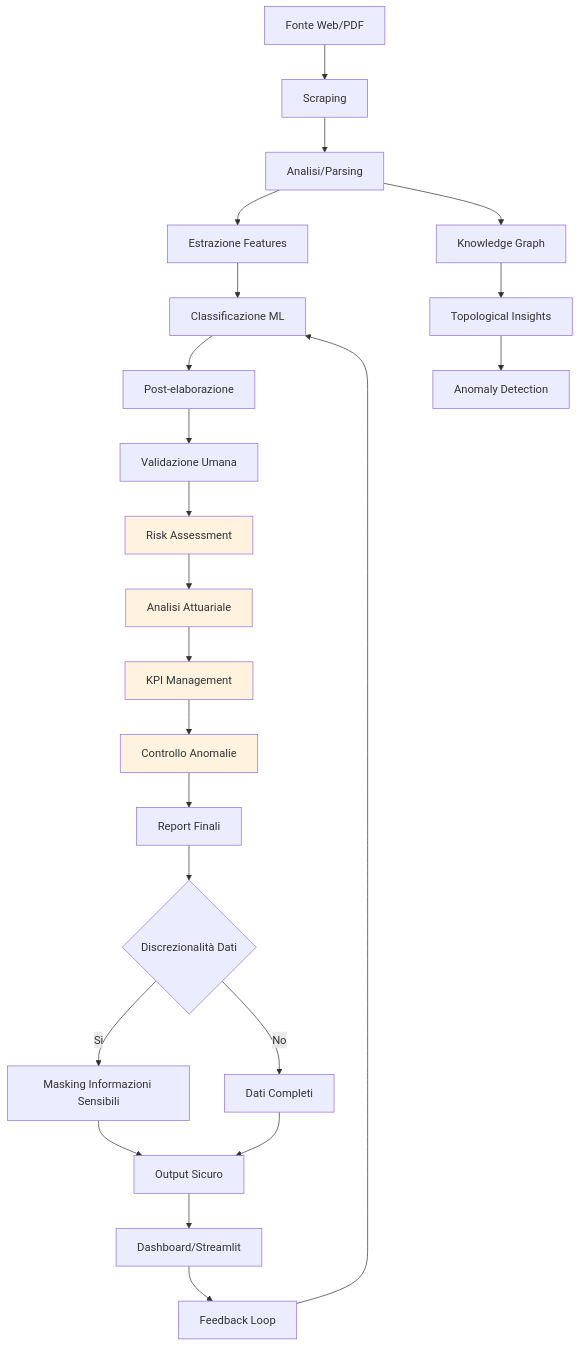
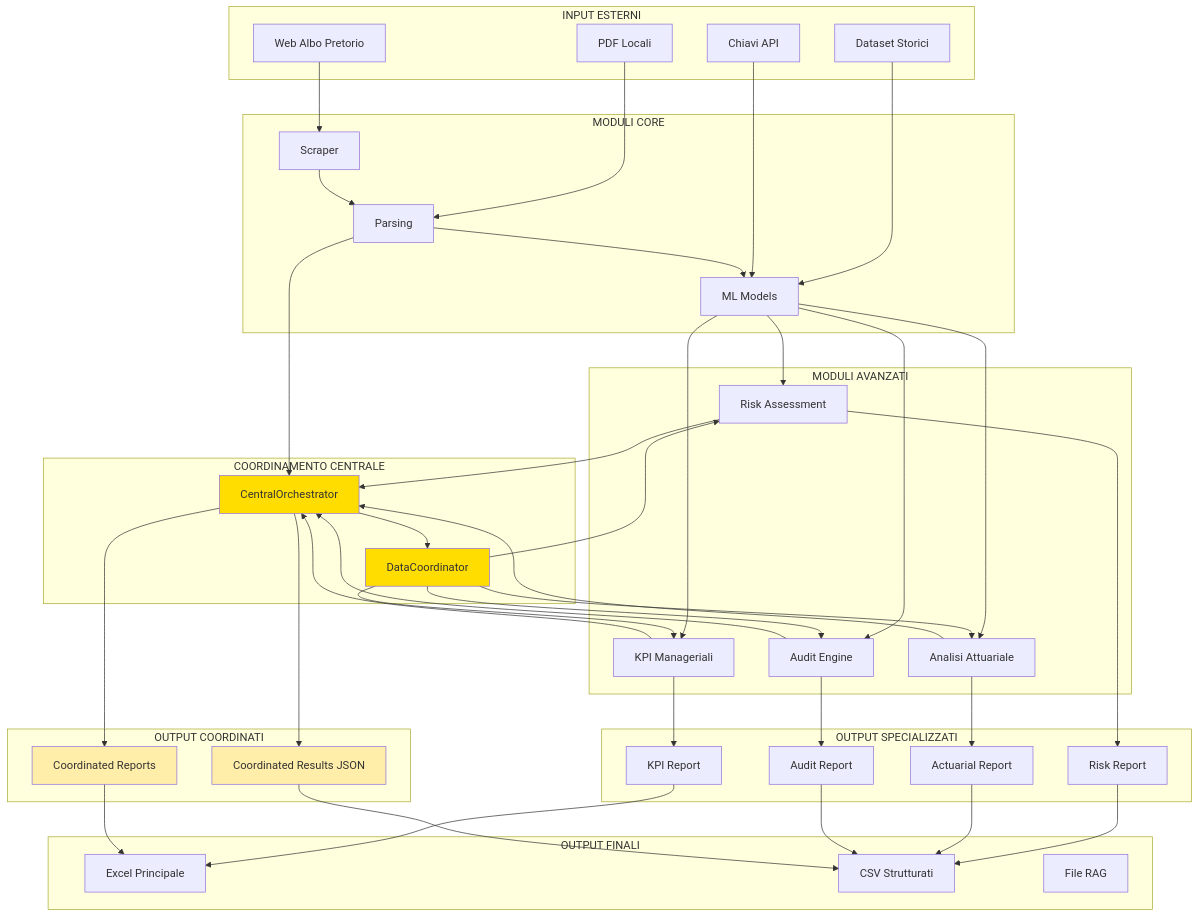
The diagram in IO_MAP.md (pietroscik/albo-pretorio-audit-delivery), drawn with Mermaid before and after one commit. The commit also changed other lines of this file and 17 other files, not shown here.

````diff
--- a/IO_MAP.md
+++ b/IO_MAP.md
@@ -49,34 +43,89 @@
 ```mermaid
 graph TD
-    A[Fonte Web/PDF] --> B[Scraping]
-    B --> C[Analisi/Parsing]
-    C --> D[Estrazione Features]
-    D --> E[Classificazione ML]
-    E --> F[Post-elaborazione]
-    F --> G[Validazione Umana]
-    G --> H[Risk Assessment]
-    H --> I[Analisi Attuariale]
-    I --> J[KPI Management]
-    J --> K[Controllo Anomalie]
-    K --> L[Report Finali]
-    
-    C --> M[Knowledge Graph]
-    M --> N[Topological Insights]
-    N --> O[Anomaly Detection]
-    
-    L --> P{Discrezionalità Dati}
-    P -->|Si| Q[Masking Informazioni Sensibili]
-    P -->|No| R[Dati Completi]
-    
-    Q --> S[Output Sicuro]
-    R --> S
-    
-    S --> T[Dashboard/Streamlit]
-    T --> U[Feedback Loop]
-    U --> E
-    
-    style H fill:#fff3e0
-    style I fill:#fff3e0
-    style J fill:#fff3e0
-    style K fill:#fff3e0
+    subgraph "INPUT ESTERNI"
+        A1[Web Albo Pretorio]
+        A2[PDF Locali]
+        A3[Dataset Storici]
+        A4[Chiavi API]
+    end
+
+    subgraph "MODULI CORE"
+        B1[Scraper]
+        B2[Parsing]
+        B3[ML Models]
+    end
+
+    subgraph "MODULI AVANZATI"
+        C1[Risk Assessment]
+        C2[KPI Manageriali]
+        C3[Analisi Attuariale]
+        C4[Audit Engine]
+    end
+
+    subgraph "COORDINAMENTO CENTRALE"
+        D1[CentralOrchestrator]
+        D2[DataCoordinator]
+    end
+
+    subgraph "OUTPUT SPECIALIZZATI"
+        E1[Risk Report]
+        E2[KPI Report]
+        E3[Actuarial Report]
+        E4[Audit Report]
+    end
+
+    subgraph "OUTPUT COORDINATI"
+        F1[Coordinated Results JSON]
+        F2[Coordinated Reports]
+    end
+
+    subgraph "OUTPUT FINALI"
+        G1[Excel Principale]
+        G2[CSV Strutturati]
+        G3[File RAG]
+    end
+
+    A1 --> B1
+    A2 --> B2
+    A3 --> B3
+    A4 --> B3
+
+    B1 --> B2
+    B2 --> B3
+    B3 --> C1
+    B3 --> C2
+    B3 --> C3
+    B3 --> C4
+
+    B2 --> D1
+    C1 --> D1
+    C2 --> D1
+    C3 --> D1
+    C4 --> D1
+
+    D1 --> D2
+    D2 --> C1
+    D2 --> C2
+    D2 --> C3
+    D2 --> C4
+
+    C1 --> E1
+    C2 --> E2
+    C3 --> E3
+    C4 --> E4
+
+    D1 --> F1
+    D1 --> F2
+
+    E1 --> G2
+    E2 --> G1
+    E3 --> G2
+    E4 --> G2
+    F1 --> G2
+    F2 --> G1
+
+    style D1 fill:#ffdd00
+    style D2 fill:#ffdd00
+    style F1 fill:#ffeeaa
+    style F2 fill:#ffeeaa
 ```
````
